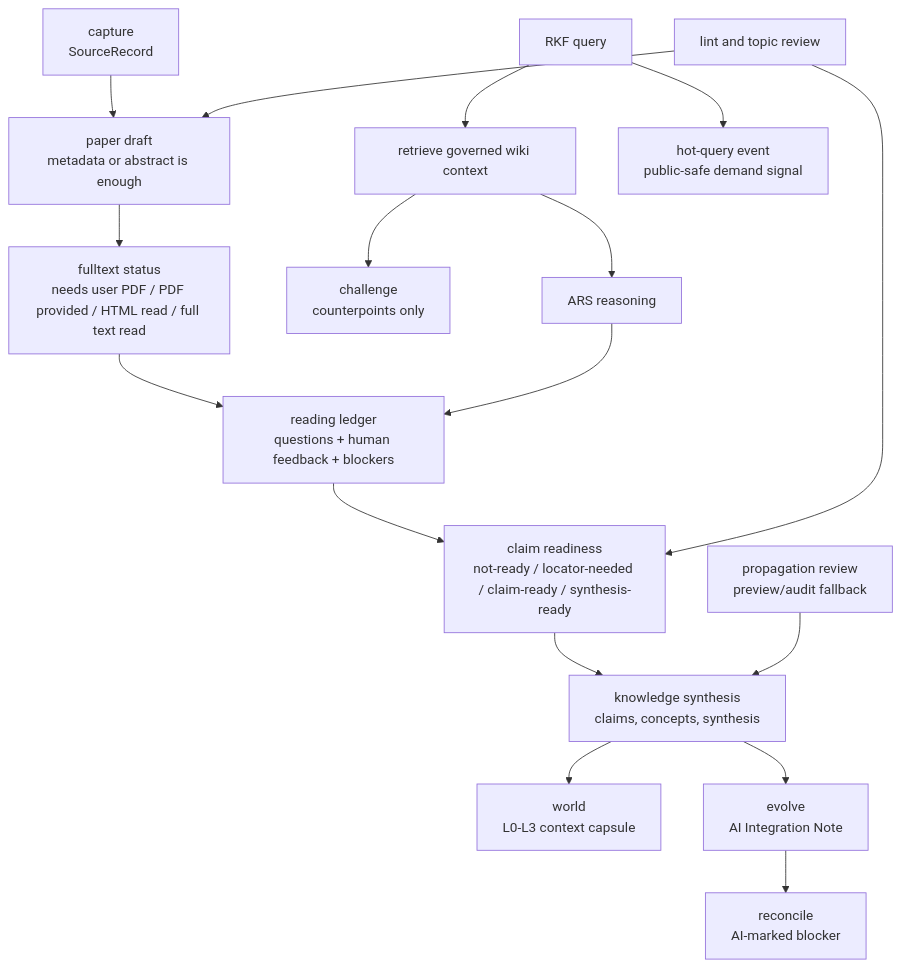
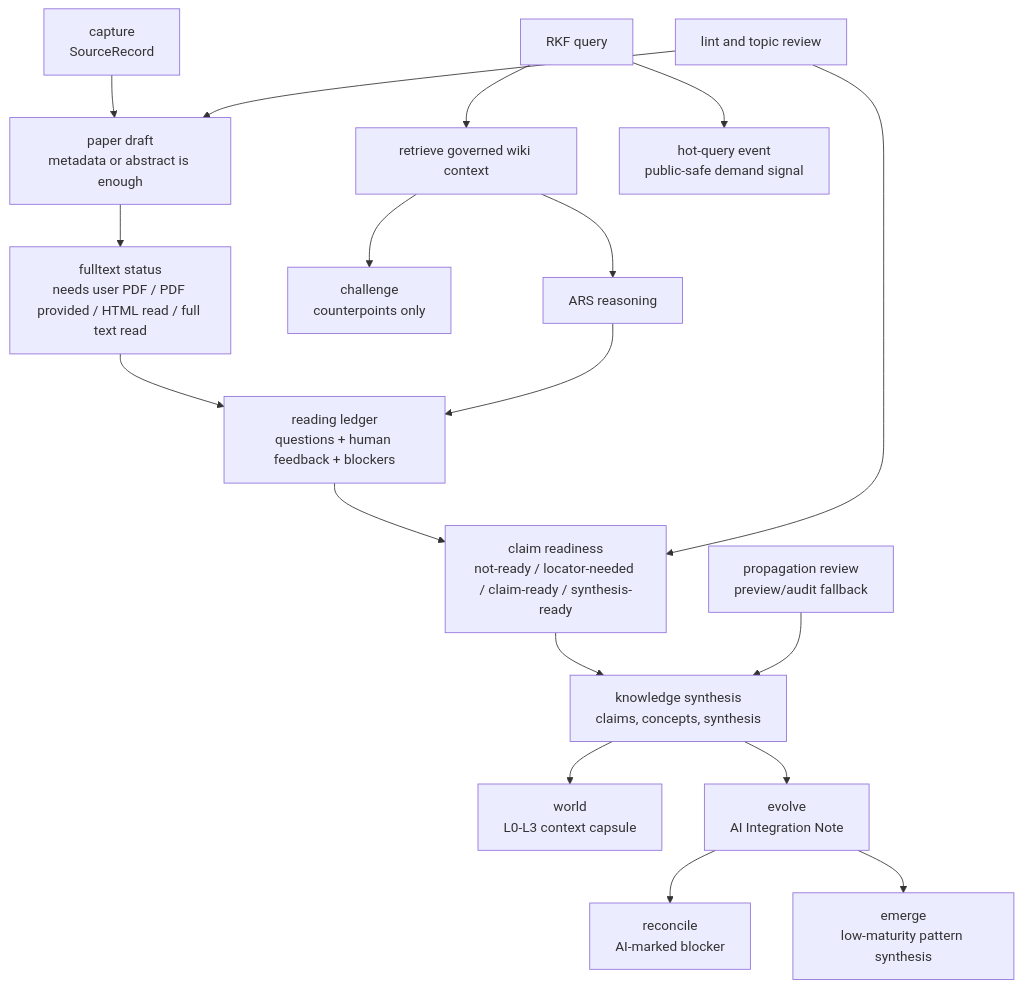
One commit to ChenHau-Lan/ResearchWiki changed the diagram in docs/ARCHITECTURE.md. Above: the diagram before and after it, drawn with Mermaid. The commit also changed other lines of this file and 11 other files, not shown here.

Commit message:
Add emergent pattern synthesis prompts

````diff
--- a/docs/ARCHITECTURE.md
+++ b/docs/ARCHITECTURE.md
@@ -33,19 +35,20 @@
 ```mermaid
 flowchart TD
     A["capture<br/>SourceRecord"] --> B["paper draft<br/>metadata or abstract is enough"]
     B --> C["fulltext status<br/>needs user PDF / PDF provided / HTML read / full text read"]
     C --> D["reading ledger<br/>questions + human feedback + blockers"]
     D --> E["claim readiness<br/>not-ready / locator-needed / claim-ready / synthesis-ready"]
     E --> F["knowledge synthesis<br/>claims, concepts, synthesis"]
     F --> M["world<br/>L0-L3 context capsule"]
     F --> N["evolve<br/>AI Integration Note"]
     N --> O["reconcile<br/>AI-marked blocker"]
+    N --> Q["emerge<br/>low-maturity pattern synthesis"]
     H --> P["challenge<br/>counterpoints only"]
     G["RKF query"] --> H["retrieve governed wiki context"]
     G --> I["hot-query event<br/>public-safe demand signal"]
     H --> J["ARS reasoning"]
     J --> D
     K["lint and topic review"] --> B
     K --> E
     L["propagation review<br/>preview/audit fallback"] --> F
 ```
````
